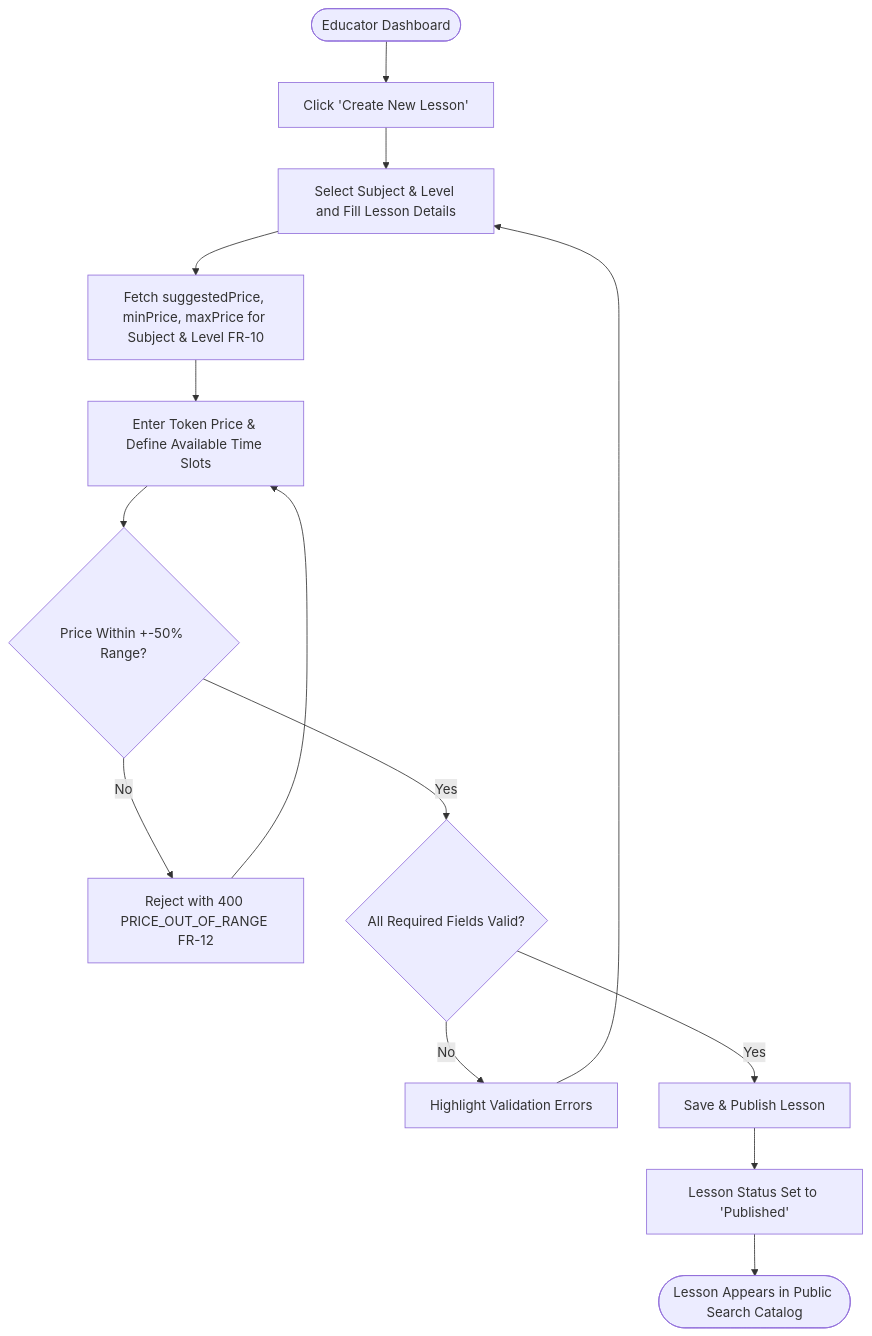
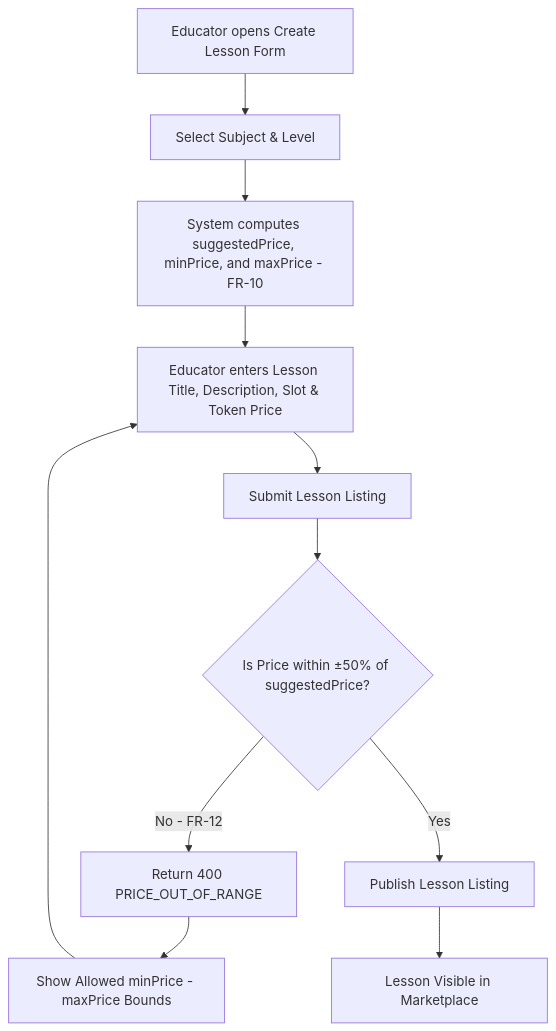
Before and after one commit to Orkun174/token-learning-platform: the second of 5 diagrams in docs/ux/user-flows.md, drawn with Mermaid. The commit also changed other lines of this file, not shown here.

First line of the commit message:
Revise user flows for Token Learning Platform

````diff
--- a/docs/ux/user-flows.md
+++ b/docs/ux/user-flows.md
@@ -27,16 +34,13 @@
 ```mermaid
 flowchart TD
-    A([Educator Dashboard]) --> B[Click 'Create New Lesson']
-    B --> C[Select Subject & Level and Fill Lesson Details]
-    C --> D[Fetch suggestedPrice, minPrice, maxPrice for Subject & Level FR-10]
-    D --> E[Enter Token Price & Define Available Time Slots]
-    E --> F{Price Within +-50% Range?}
-    F -- No --> G[Reject with 400 PRICE_OUT_OF_RANGE FR-12]
-    G --> E
-    F -- Yes --> H{All Required Fields Valid?}
-    H -- No --> I[Highlight Validation Errors]
-    I --> C
-    H -- Yes --> J[Save & Publish Lesson]
-    J --> K[Lesson Status Set to 'Published']
-    K --> L([Lesson Appears in Public Search Catalog])
+    A[Educator opens Create Lesson Form] --> B[Select Subject & Level]
+    B --> C[System computes suggestedPrice, minPrice, and maxPrice - FR-10]
+    C --> D[Educator enters Lesson Title, Description, Slot & Token Price]
+    D --> E[Submit Lesson Listing]
+    E --> F{Is Price within ±50% of suggestedPrice?}
+    F -->|No - FR-12| G[Return 400 PRICE_OUT_OF_RANGE]
+    G --> H[Show Allowed minPrice - maxPrice Bounds]
+    H --> D
+    F -->|Yes| I[Publish Lesson Listing]
+    I --> J[Lesson Visible in Marketplace]
 ```
````
